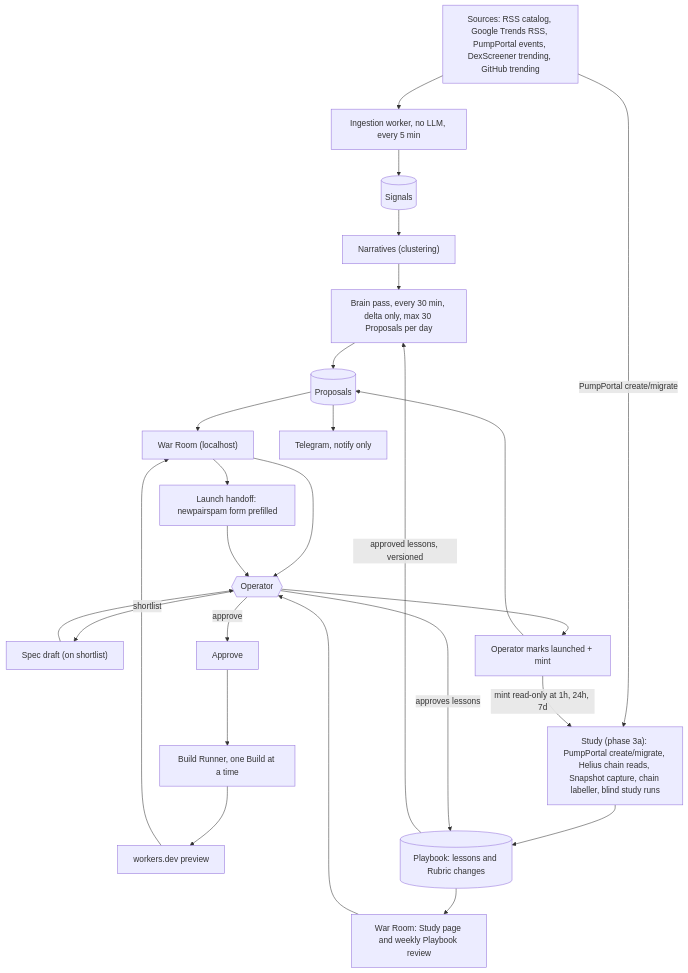
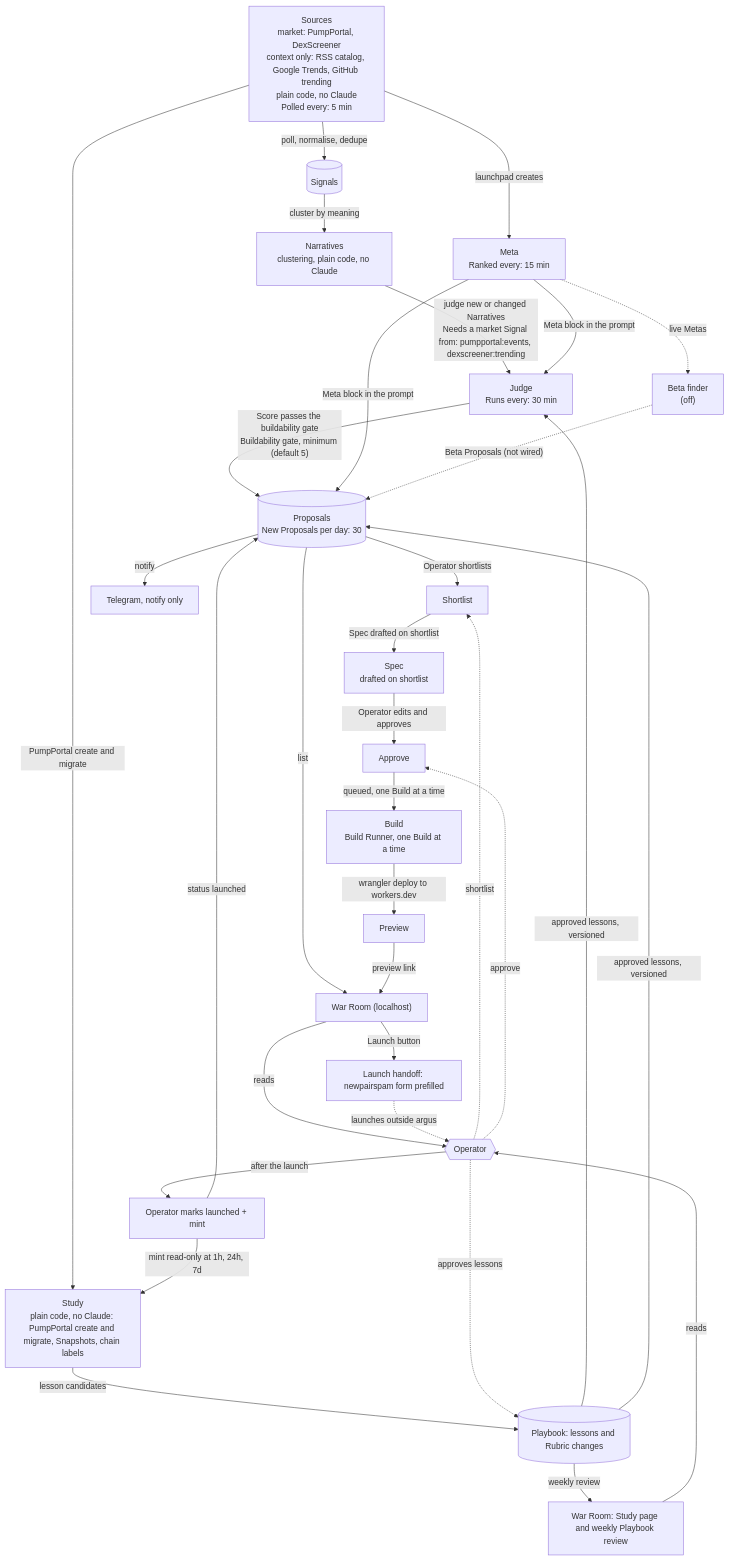
One commit to LuisPacx/argus changed the first of 3 diagrams in docs/architecture.md. Above: the diagram before and after it, drawn with Mermaid. The commit also changed other lines of this file and 19 other files, not shown here.

First line of the commit message:
War Room ticket 10a: pipeline graph, How it works page, sync test, generated diagrams

````diff
--- a/docs/architecture.md
+++ b/docs/architecture.md
@@ -13,40 +16,56 @@
 ```mermaid
 flowchart TD
-  SRC["Sources: RSS catalog, Google Trends RSS, PumpPortal events, DexScreener trending, GitHub trending"]
-  ING["Ingestion worker, no LLM, every 5 min"]
-  SIG[("Signals")]
-  NAR["Narratives (clustering)"]
-  BRAIN["Brain pass, every 30 min, delta only, max 30 Proposals per day"]
-  PROP[("Proposals")]
-  WR["War Room (localhost)"]
-  TG["Telegram, notify only"]
-  OP{{"Operator"}}
-  SPEC["Spec draft (on shortlist)"]
-  APPR["Approve"]
-  BR["Build Runner, one Build at a time"]
-  PREV["workers.dev preview"]
-  HAND["Launch handoff: newpairspam form prefilled"]
-  MARK["Operator marks launched + mint"]
-  STUDY["Study (phase 3a): PumpPortal create/migrate, Helius chain reads, Snapshot capture, chain labeller, blind study runs"]
-  PB[("Playbook: lessons and Rubric changes")]
-  REV["War Room: Study page and weekly Playbook review"]
+  SOURCES["Sources<br/>market: PumpPortal, DexScreener<br/>context only: RSS catalog, Google Trends, GitHub trending<br/>plain code, no Claude<br/>Polled every: 5 min"]
+  SIGNALS[("Signals")]
+  NARRATIVES["Narratives<br/>clustering, plain code, no Claude"]
+  JUDGE["Judge<br/>Runs every: 30 min"]
+  PROPOSALS[("Proposals<br/>New Proposals per day: 30")]
+  SHORTLIST["Shortlist"]
+  SPEC["Spec<br/>drafted on shortlist"]
+  APPROVE["Approve"]
+  BUILD["Build<br/>Build Runner, one Build at a time"]
+  PREVIEW["Preview"]
+  STUDY["Study<br/>plain code, no Claude: PumpPortal create and migrate, Snapshots, chain labels"]
+  META["Meta<br/>Ranked every: 15 min"]
+  BETA["Beta finder<br/>(off)"]
+  OPERATOR{{"Operator"}}
+  WARROOM["War Room (localhost)"]
+  TELEGRAM["Telegram, notify only"]
+  HANDOFF["Launch handoff: newpairspam form prefilled"]
+  MARKED["Operator marks launched + mint"]
+  PLAYBOOK[("Playbook: lessons and Rubric changes")]
+  REVIEW["War Room: Study page and weekly Playbook review"]
 
-  SRC --> ING --> SIG --> NAR --> BRAIN --> PROP
-  PROP --> WR
-  PROP --> TG
-  WR --> OP
-  OP -->|shortlist| SPEC
-  SPEC --> OP
-  OP -->|approve| APPR --> BR
-  BR --> PREV
-  PREV --> WR
-  WR --> HAND
-  HAND --> OP
-  OP --> MARK
-  MARK --> PROP
-  SRC -->|"PumpPortal create/migrate"| STUDY
-  STUDY --> PB --> REV --> OP
-  OP -->|"approves lessons"| PB
-  PB -->|"approved lessons, versioned"| BRAIN
-  MARK -->|"mint read-only at 1h, 24h, 7d"| STUDY
+  SOURCES -->|"poll, normalise, dedupe"| SIGNALS
+  SIGNALS -->|"cluster by meaning"| NARRATIVES
+  NARRATIVES -->|"judge new or changed Narratives<br/>Needs a market Signal from: pumpportal:events, dexscreener:trending"| JUDGE
+  JUDGE -->|"Score passes the buildability gate<br/>Buildability gate, minimum (default 5)"| PROPOSALS
+  PROPOSALS -->|"Operator shortlists"| SHORTLIST
+  SHORTLIST -->|"Spec drafted on shortlist"| SPEC
+  SPEC -->|"Operator edits and approves"| APPROVE
+  APPROVE -->|"queued, one Build at a time"| BUILD
+  BUILD -->|"wrangler deploy to workers.dev"| PREVIEW
+  SOURCES -->|"PumpPortal create and migrate"| STUDY
+  SOURCES -->|"launchpad creates"| META
+  META -->|"Meta block in the prompt"| JUDGE
+  META -->|"Meta block in the prompt"| PROPOSALS
+  META -.->|"live Metas"| BETA
+  BETA -.->|"Beta Proposals (not wired)"| PROPOSALS
+  PROPOSALS -->|"list"| WARROOM
+  PROPOSALS -->|"notify"| TELEGRAM
+  WARROOM -->|"reads"| OPERATOR
+  OPERATOR -.->|"shortlist"| SHORTLIST
+  OPERATOR -.->|"approve"| APPROVE
+  PREVIEW -->|"preview link"| WARROOM
+  WARROOM -->|"Launch button"| HANDOFF
+  HANDOFF -.->|"launches outside argus"| OPERATOR
+  OPERATOR -->|"after the launch"| MARKED
+  MARKED -->|"status launched"| PROPOSALS
+  MARKED -->|"mint read-only at 1h, 24h, 7d"| STUDY
+  STUDY -->|"lesson candidates"| PLAYBOOK
+  PLAYBOOK -->|"weekly review"| REVIEW
+  REVIEW -->|"reads"| OPERATOR
+  OPERATOR -.->|"approves lessons"| PLAYBOOK
+  PLAYBOOK -->|"approved lessons, versioned"| JUDGE
+  PLAYBOOK -->|"approved lessons, versioned"| PROPOSALS
 ```
````
